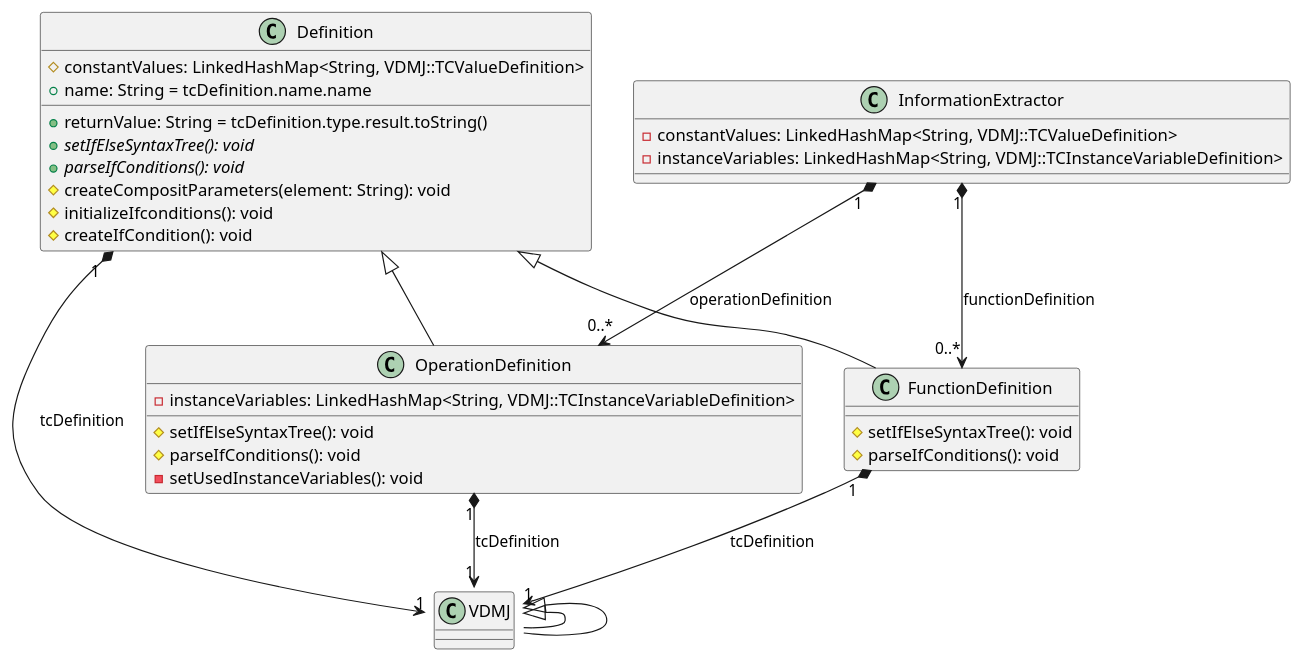
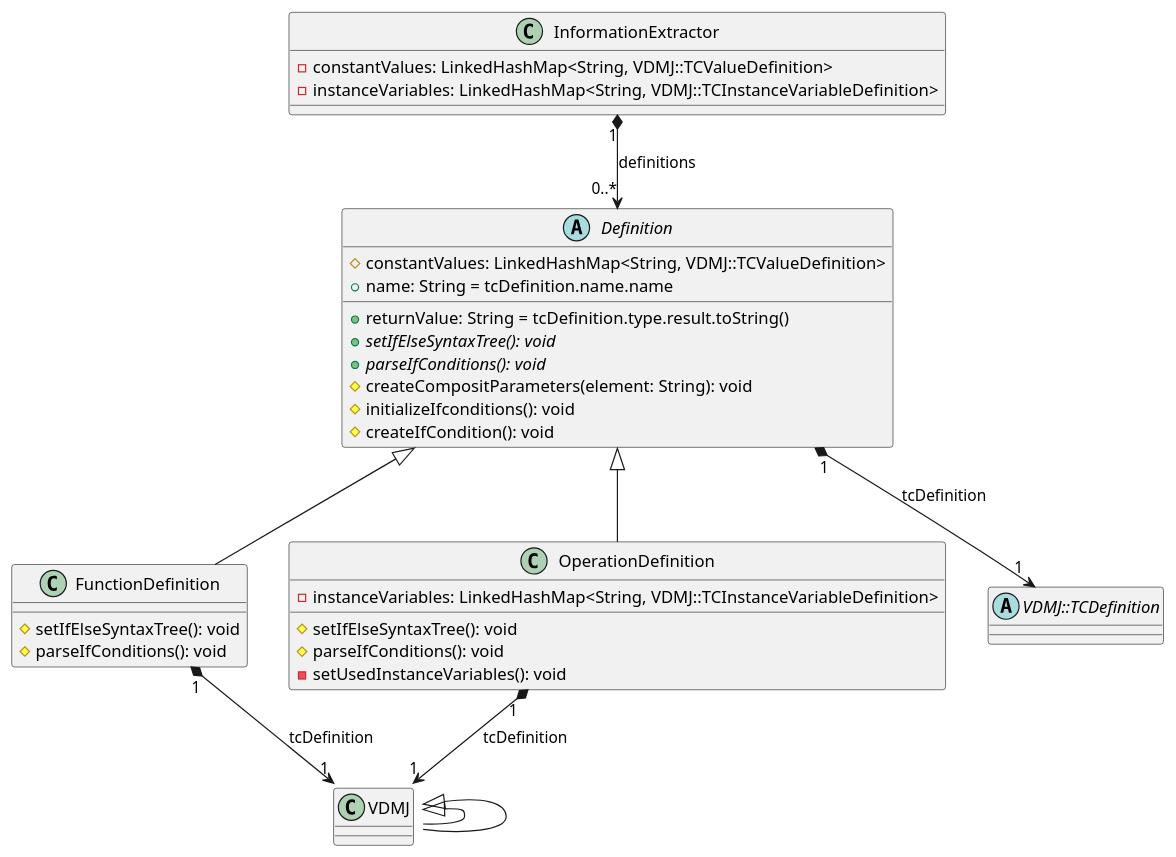
One commit to korosuke613/master-thesis changed the diagram in figs/Definition.wsd. Above: the diagram before and after it, drawn with PlantUML. The commit also changed 1 other file, not shown here.

Commit message:
クラス図追加

```diff
--- a/figs/Definition.wsd
+++ b/figs/Definition.wsd
@@ -1,47 +1,48 @@
 @startuml Definition
 
 class InformationExtractor{
      - constantValues: LinkedHashMap<String, VDMJ::TCValueDefinition>
      - instanceVariables: LinkedHashMap<String, VDMJ::TCInstanceVariableDefinition>
 
 }
 
-class Definition{
+abstract class Definition{
      # constantValues: LinkedHashMap<String, VDMJ::TCValueDefinition>
      + returnValue: String = tcDefinition.type.result.toString()
      + name: String = tcDefinition.name.name
      + {abstract} setIfElseSyntaxTree(): void
      + {abstract} parseIfConditions(): void
      # createCompositParameters(element: String): void
      # initializeIfconditions(): void
      # createIfCondition(): void
 }
 
 class FunctionDefinition{
      # setIfElseSyntaxTree(): void
      # parseIfConditions(): void
 }
 
 class OperationDefinition{
      - instanceVariables: LinkedHashMap<String, VDMJ::TCInstanceVariableDefinition>
      # setIfElseSyntaxTree(): void
      # parseIfConditions(): void
      - setUsedInstanceVariables(): void
 }
+'note left: tcDefinition->oclIsTypeOf(TCExplicitOperationDefinition)
 
 ' left to right direction
 VDMJ::TCDefinition <|-- VDMJ::TCExplicitFunctionDefinition
 VDMJ::TCDefinition <|-- VDMJ::TCExplicitOperationDefinition
 
+abstract class VDMJ::TCDefinition
 
 Definition "1" *--> "1" VDMJ::TCDefinition: tcDefinition
 Definition <|-- FunctionDefinition
 Definition <|-- OperationDefinition
 
 FunctionDefinition "1" *--> "1" VDMJ::TCExplicitFunctionDefinition: tcDefinition
 OperationDefinition "1" *--> "1" VDMJ::TCExplicitOperationDefinition: tcDefinition
 
-InformationExtractor "1" *--> "0..*" OperationDefinition: operationDefinition
-InformationExtractor "1" *--> "0..*" FunctionDefinition: functionDefinition
+InformationExtractor "1" *--> "0..*" Definition: definitions
 
 @enduml
```
